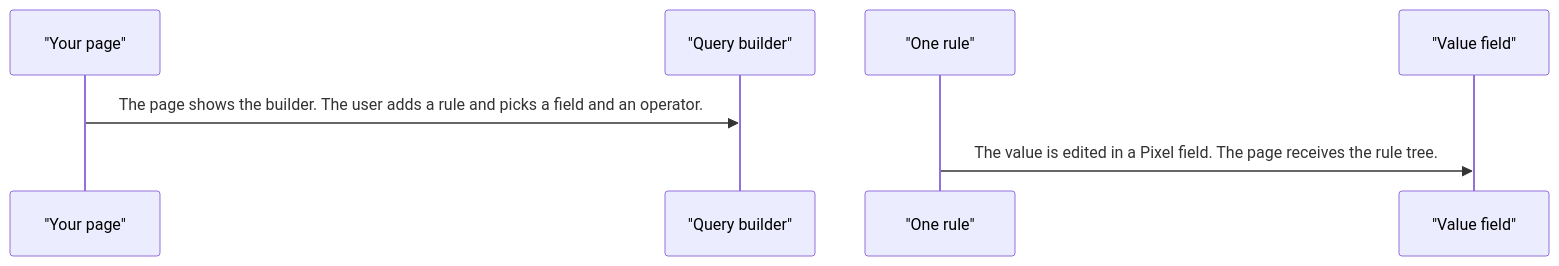
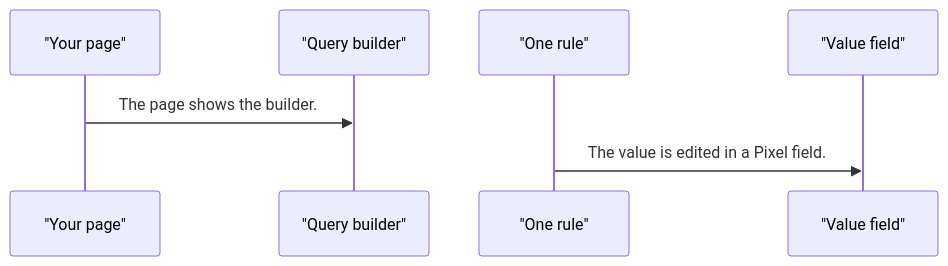
Before and after one commit to RajshekharBorate/pixel-ui: the second of 4 diagrams in projects/pixel-ui/src/lib/pixel-query-builder/DESIGN.md, drawn with Mermaid. The commit also changed other lines of this file and 80 other files, not shown here.

Commit message:
Fill missing design flows and correct the stories that did not match component behavior.

````diff
--- a/projects/pixel-ui/src/lib/pixel-query-builder/DESIGN.md
+++ b/projects/pixel-ui/src/lib/pixel-query-builder/DESIGN.md
@@ -48,9 +58,9 @@
 ```mermaid
 sequenceDiagram
   participant page as "Your page"
   participant builder as "Query builder"
   participant rule as "One rule"
   participant value as "Value field"
-  page->>builder: The page shows the builder. The user adds a rule and picks a field and an operator.
-  rule->>value: The value is edited in a Pixel field. The page receives the rule tree.
+  page->>builder: The page shows the builder.
+  rule->>value: The value is edited in a Pixel field.
 ```
````
